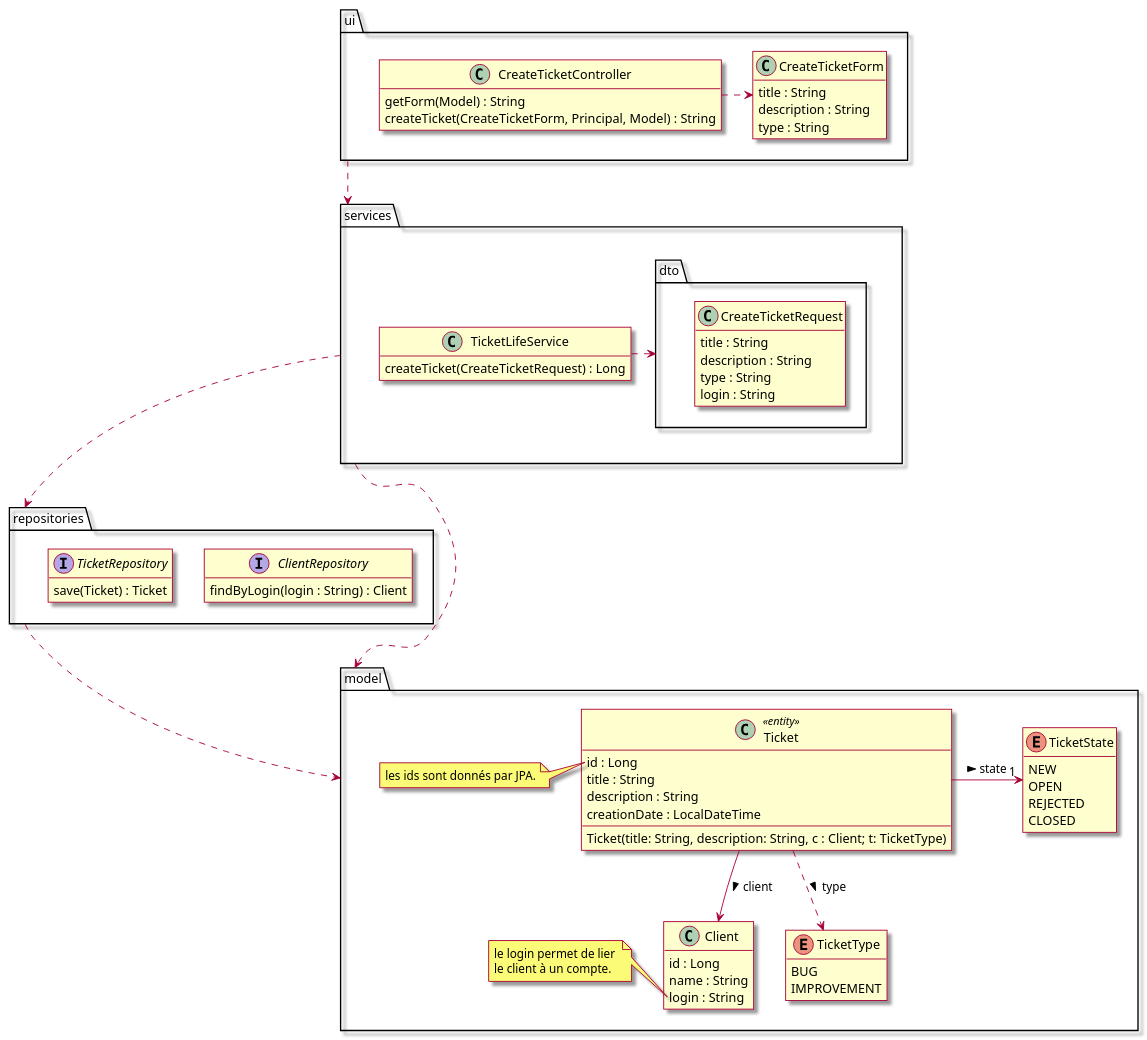
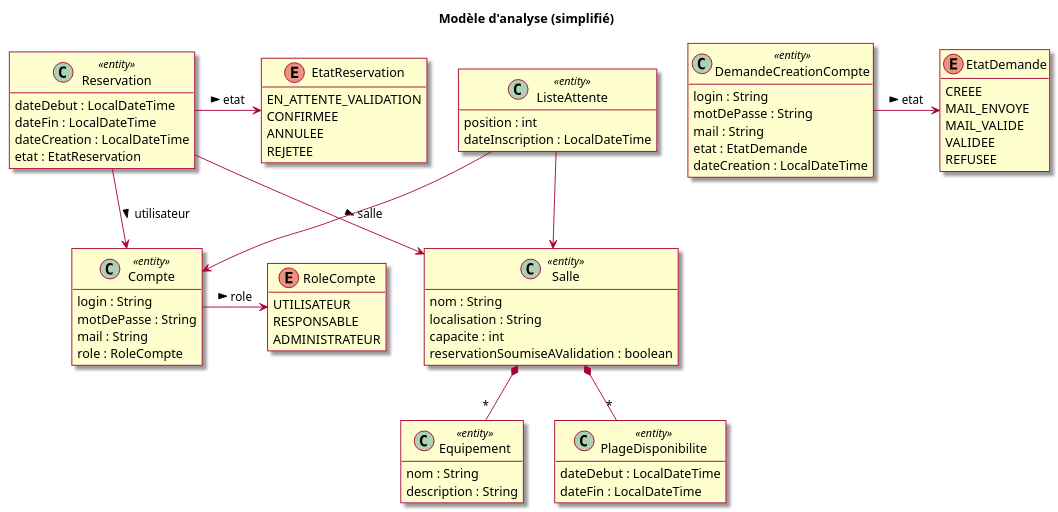
One commit to mrajaonson/glg204-room-management-system changed the fourth of 4 diagrams in docs/03-Conception.md. Above: the diagram before and after it, drawn with PlantUML. The commit also changed other lines of this file, not shown here.

```diff
--- a/docs/03-Conception.md
+++ b/docs/03-Conception.md
@@ -632,97 +373,85 @@
 ~~~plantuml
-@startuml
+@startuml modele_analyse
 skin rose
 hide empty members
+title Modèle d'analyse (simplifié)
 
-package ui {
-  class CreateTicketController {
-    getForm(Model) : String
-    createTicket(CreateTicketForm, Principal, Model) : String
-  }
-
-  class CreateTicketForm {
-    title : String
-    description : String
-    type : String
-  }
-
-  CreateTicketController .> CreateTicketForm
-
+class Compte <<entity>> {
+  login : String
+  motDePasse : String
+  mail : String
+  role : RoleCompte
 }
 
-package services {
-
-  class TicketLifeService  {
-    createTicket(CreateTicketRequest) : Long
-  }
-
-  package dto {
-    class CreateTicketRequest {
-      title : String
-      description : String
-      type : String
-      login : String
-    }
-  }
-
-  TicketLifeService .> dto
-  
+enum RoleCompte {
+  UTILISATEUR
+  RESPONSABLE
+  ADMINISTRATEUR
 }
 
-package repositories {
-    interface ClientRepository {
-      findByLogin(login : String) : Client
-    }
-
-    interface TicketRepository {
-      save(Ticket) : Ticket
-    }
-
+class DemandeCreationCompte <<entity>> {
+  login : String
+  motDePasse : String
+  mail : String
+  etat : EtatDemande
+  dateCreation : LocalDateTime
 }
 
-package model {
-  class Ticket <<entity>> {
-      id : Long
-      title : String
-      description : String
-      creationDate : LocalDateTime
-      Ticket(title: String, description: String, c : Client; t: TicketType)
-    }
+enum EtatDemande {
+  CREEE
+  MAIL_ENVOYE
+  MAIL_VALIDE
+  VALIDEE
+  REFUSEE
+}
 
-    note left of Ticket::id
-      les ids sont donnés par JPA.
-    end note
+class Salle <<entity>> {
+  nom : String
+  localisation : String
+  capacite : int
+  reservationSoumiseAValidation : boolean
+}
 
-    Ticket ..> TicketType : > type
-    enum TicketType {
-      BUG
-      IMPROVEMENT
-    }
+class Equipement <<entity>> {
+  nom : String
+  description : String
+}
 
-    enum TicketState {
-      NEW
-      OPEN
-      REJECTED
-      CLOSED  
-    }
+class PlageDisponibilite <<entity>> {
+  dateDebut : LocalDateTime
+  dateFin : LocalDateTime
+}
 
-    class Client {
-      id : Long
-      name : String
-      login : String
-    }
+class Reservation <<entity>> {
+  dateDebut : LocalDateTime
+  dateFin : LocalDateTime
+  dateCreation : LocalDateTime
+  etat : EtatReservation
+}
 
-    note left of Client::login 
-      le login permet de lier 
-      le client à un compte.
-    end note
-    Ticket -> "1" TicketState : > state
-    Ticket --> Client : > client  
-  }
+enum EtatReservation {
+  EN_ATTENTE_VALIDATION
+  CONFIRMEE
+  ANNULEE
+  REJETEE
+}
 
-  ui ..> services
-  services ..> model
-  services ..> repositories
-  repositories ..> model
+class ListeAttente <<entity>> {
+  position : int
+  dateInscription : LocalDateTime
+}
+
+Compte -> RoleCompte : > role
+DemandeCreationCompte -> EtatDemande : > etat
+
+Salle *-- "*" Equipement
+Salle *-- "*" PlageDisponibilite
+
+Reservation --> Salle : > salle
+Reservation --> Compte : > utilisateur
+Reservation -> EtatReservation : > etat
+
+ListeAttente --> Salle
+ListeAttente --> Compte
 @enduml
 ~~~
```
